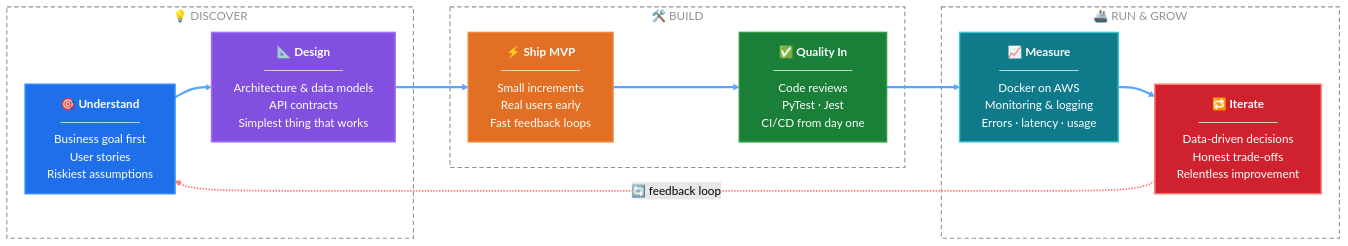
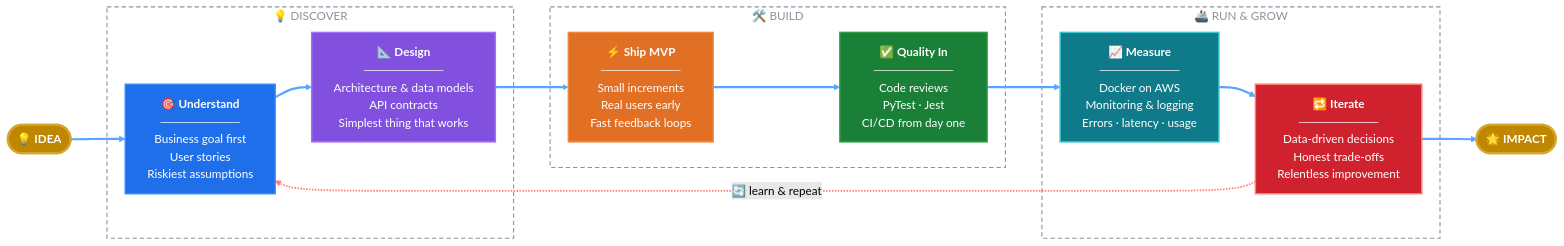
The diagram in README.md (tanveersultan53/tanveersultan53), drawn with Mermaid (forest theme) before and after one commit. The commit also changed other lines of this file, not shown here.

Commit message:
Make product section inspiring: idea-to-impact journey, motto, principles table

````diff
--- a/README.md
+++ b/README.md
@@ -57,39 +63,44 @@
 ```mermaid
 flowchart LR
+    Start(["💡 IDEA"])
+    Impact(["🌟 IMPACT"])
+
     subgraph P1["&nbsp;💡 DISCOVER&nbsp;"]
         A["🎯 <b>Understand</b><br/>─────────<br/>Business goal first<br/>User stories<br/>Riskiest assumptions"]
         B["📐 <b>Design</b><br/>─────────<br/>Architecture & data models<br/>API contracts<br/>Simplest thing that works"]
     end
 
     subgraph P2["&nbsp;🛠️ BUILD&nbsp;"]
         C["⚡ <b>Ship MVP</b><br/>─────────<br/>Small increments<br/>Real users early<br/>Fast feedback loops"]
         D["✅ <b>Quality In</b><br/>─────────<br/>Code reviews<br/>PyTest · Jest<br/>CI/CD from day one"]
     end
 
     subgraph P3["&nbsp;🚢 RUN & GROW&nbsp;"]
         E["📈 <b>Measure</b><br/>─────────<br/>Docker on AWS<br/>Monitoring & logging<br/>Errors · latency · usage"]
         F["🔁 <b>Iterate</b><br/>─────────<br/>Data-driven decisions<br/>Honest trade-offs<br/>Relentless improvement"]
     end
 
-    A ==> B ==> C ==> D ==> E ==> F
-    F -. "🔄 feedback loop" .-> A
+    Start ==> A ==> B ==> C ==> D ==> E ==> F ==> Impact
+    F -. "🔄 learn & repeat" .-> A
 
+    classDef milestone fill:#bf8700,stroke:#d4a72c,color:#ffffff,stroke-width:3px,font-weight:bold
     classDef understand fill:#1f6feb,stroke:#388bfd,color:#ffffff,stroke-width:2px
     classDef design fill:#8250df,stroke:#a371f7,color:#ffffff,stroke-width:2px
     classDef ship fill:#e16f24,stroke:#f0883e,color:#ffffff,stroke-width:2px
     classDef quality fill:#1a7f37,stroke:#2ea043,color:#ffffff,stroke-width:2px
     classDef measure fill:#0f7b8a,stroke:#39c5cf,color:#ffffff,stroke-width:2px
     classDef iterate fill:#cf222e,stroke:#ff7b72,color:#ffffff,stroke-width:2px
     classDef phase fill:transparent,stroke:#8b949e,stroke-width:1.5px,stroke-dasharray:6 4,color:#8b949e
 
+    class Start,Impact milestone
     class A understand
     class B design
     class C ship
     class D quality
     class E measure
     class F iterate
     class P1,P2,P3 phase
 
-    linkStyle 0,1,2,3,4 stroke:#58a6ff,stroke-width:3px
-    linkStyle 5 stroke:#ff7b72,stroke-width:2.5px
+    linkStyle 0,1,2,3,4,5,6 stroke:#58a6ff,stroke-width:3px
+    linkStyle 7 stroke:#ff7b72,stroke-width:2.5px
 ```
````
